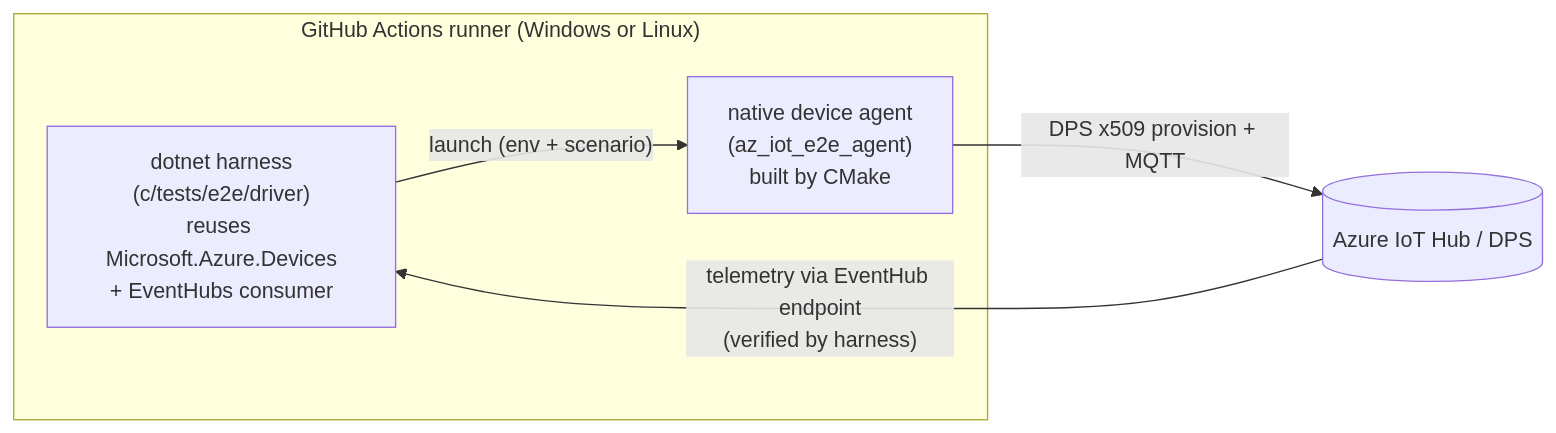
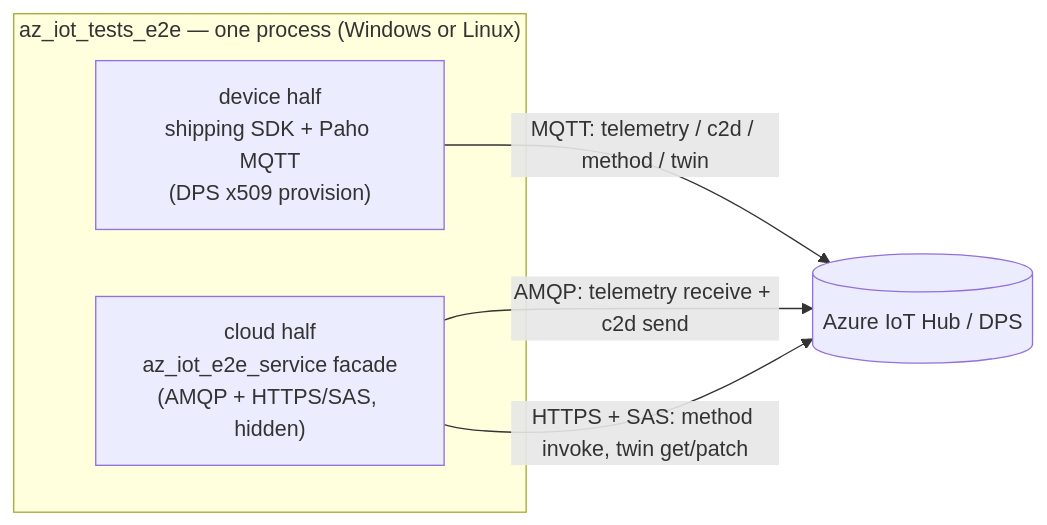
The diagram in c/docs/eng/end-to-end-tests.md (Azure/azure-iot-sdk), drawn with Mermaid before and after one commit. The commit also changed other lines of this file and 46 other files, not shown here.

````diff
--- a/c/docs/eng/end-to-end-tests.md
+++ b/c/docs/eng/end-to-end-tests.md
@@ -37,10 +39,10 @@
 ```mermaid
 flowchart LR
-    subgraph Runner["GitHub Actions runner (Windows or Linux)"]
-        Harness["dotnet harness<br/>(c/tests/e2e/driver)<br/>reuses Microsoft.Azure.Devices<br/>+ EventHubs consumer"]
-        Agent["native device agent<br/>(az_iot_e2e_agent)<br/>built by CMake"]
+    subgraph Proc["az_iot_tests_e2e — one process (Windows or Linux)"]
+        Device["device half<br/>shipping SDK + Paho MQTT<br/>(DPS x509 provision)"]
+        Service["cloud half<br/>az_iot_e2e_service facade<br/>(AMQP + HTTPS/SAS, hidden)"]
     end
-    Harness -- "launch (env + scenario)" --> Agent
-    Agent -- "DPS x509 provision + MQTT" --> Azure[("Azure IoT Hub / DPS")]
-    Azure -- "telemetry via EventHub endpoint<br/>(verified by harness)" --> Harness
+    Device -- "MQTT: telemetry / c2d / method / twin" --> Azure[("Azure IoT Hub / DPS")]
+    Service -- "AMQP: telemetry receive + c2d send" --> Azure
+    Service -- "HTTPS + SAS: method invoke, twin get/patch" --> Azure
 ```
````
